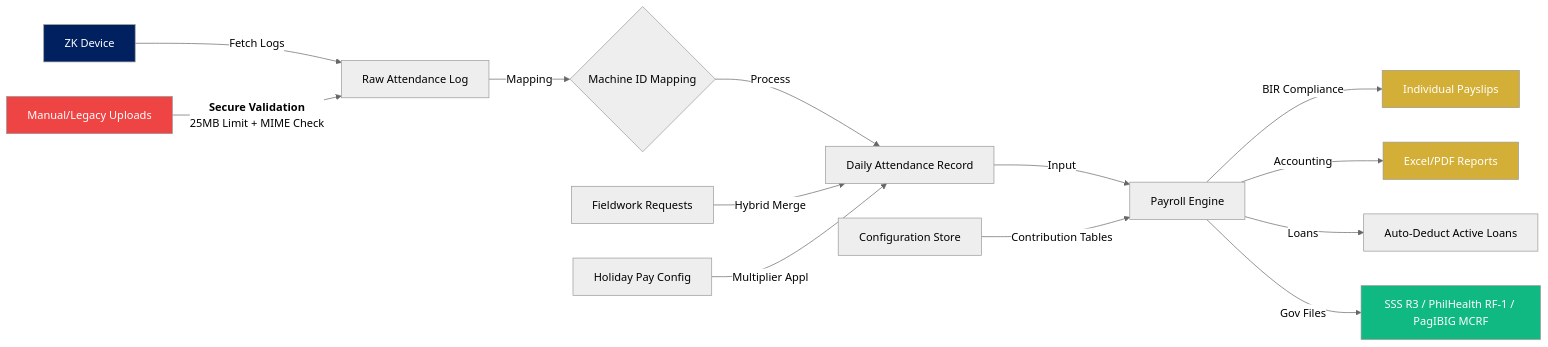
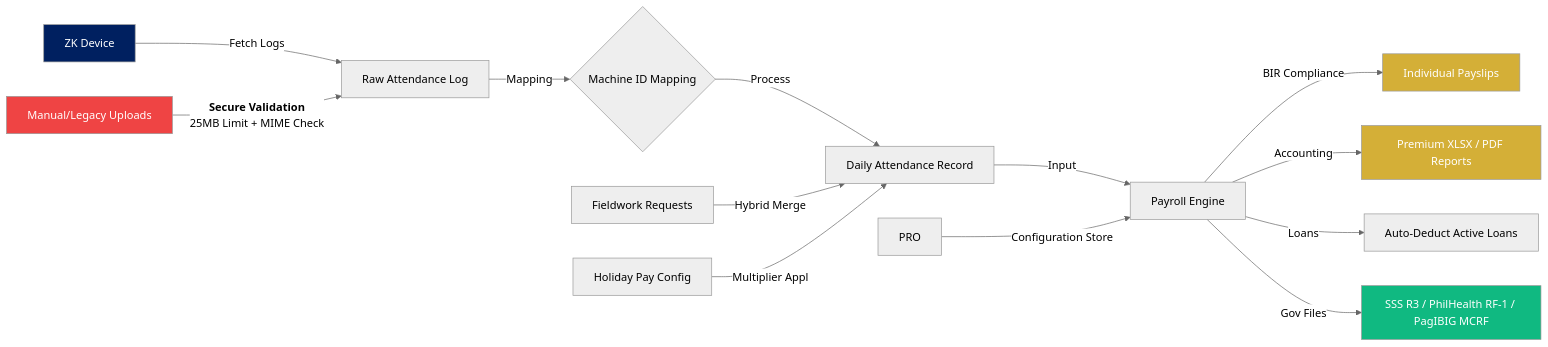
One commit to binssente-crypto/PAYROLL-DOCUMENTATION changed the second of 10 diagrams in README.md. Above: the diagram before and after it, drawn with Mermaid (neutral theme). The commit also changed other lines of this file, not shown here.

````diff
--- a/README.md
+++ b/README.md
@@ -73,25 +74,25 @@
 ```mermaid
 flowchart LR
     HW[ZK Device] -->|Fetch Logs| LOG[Raw Attendance Log]
     LOG -->|Mapping| MAP{Machine ID Mapping}
     MAP -->|Process| DAY[Daily Attendance Record]
     
     FW[Fieldwork Requests] -->|Hybrid Merge| DAY
     HOL[Holiday Pay Config] -->|Multiplier Appl| DAY
     
     DAY -->|Input| PAY[Payroll Engine]
-    PRO[Configuration Store] -->|Contribution Tables| PAY
+    PRO -->|Configuration Store| PAY
     PAY -->|BIR Compliance| SLIP[Individual Payslips]
-    PAY -->|Accounting| REP[Excel/PDF Reports]
+    PAY -->|Accounting| REP[Premium XLSX / PDF Reports]
     PAY -->|Loans| LOAN[Auto-Deduct Active Loans]
     PAY -->|Gov Files| REMIT[SSS R3 / PhilHealth RF-1 / PagIBIG MCRF]
 
     %% External Uploads Security Layer
     UPL[Manual/Legacy Uploads] -->|<b>Secure Validation</b><br/>25MB Limit + MIME Check| LOG
 
     style HW fill:#002060,color:#fff
     style SLIP fill:#D4AF37,color:#fff
     style REP fill:#D4AF37,color:#fff
     style REMIT fill:#10b981,color:#fff
     style UPL fill:#ef4444,color:#fff
 ```
````
